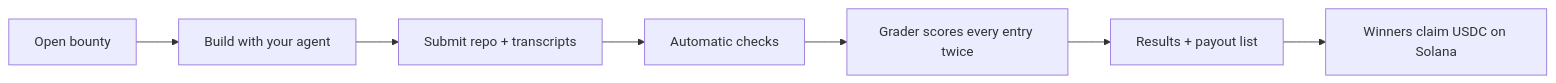
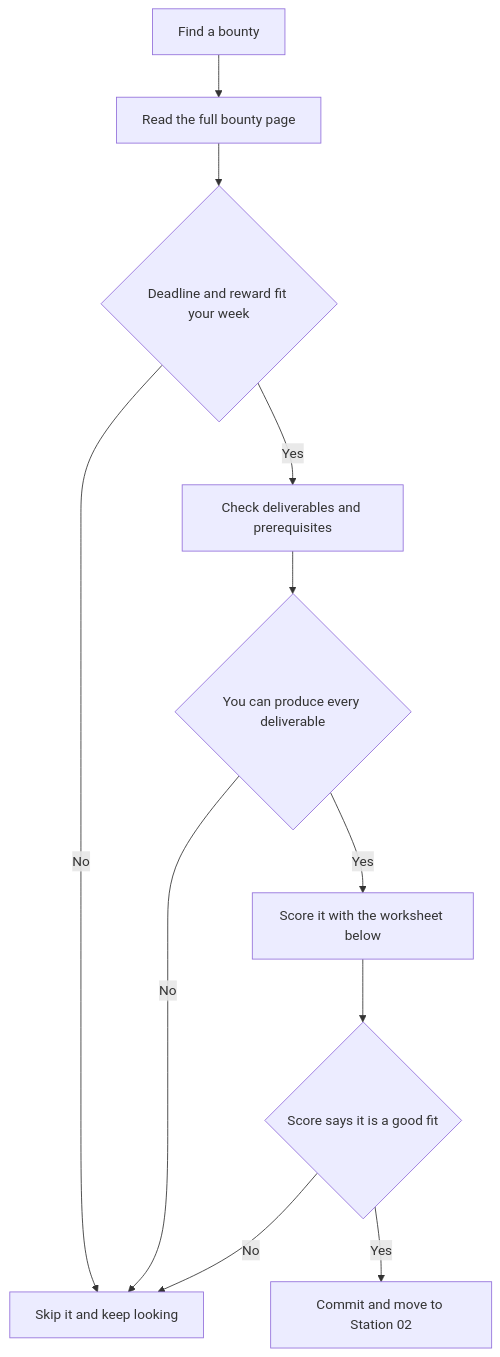
The first of 3 diagrams in README.md (rfky18/makefun-field-guide), drawn with Mermaid before and after one commit. The commit also changed other lines of this file, not shown here.

Commit message:
Rewrite README as THE BOUNTY WORKSHOP: six-station field manual for bring-the-humans-02

````diff
--- a/README.md
+++ b/README.md
@@ -89,9 +104,13 @@
 ```mermaid
-flowchart LR
-    A[Open bounty] --> B[Build with your agent]
-    B --> C[Submit repo + transcripts]
-    C --> D[Automatic checks]
-    D --> E[Grader scores every entry twice]
-    E --> F[Results + payout list]
-    F --> G[Winners claim USDC on Solana]
+flowchart TD
+    A[Find a bounty] --> B[Read the full bounty page]
+    B --> C{Deadline and reward fit your week}
+    C -->|No| D[Skip it and keep looking]
+    C -->|Yes| E[Check deliverables and prerequisites]
+    E --> F{You can produce every deliverable}
+    F -->|No| D
+    F -->|Yes| G[Score it with the worksheet below]
+    G --> H{Score says it is a good fit}
+    H -->|No| D
+    H -->|Yes| I[Commit and move to Station 02]
 ```
````
